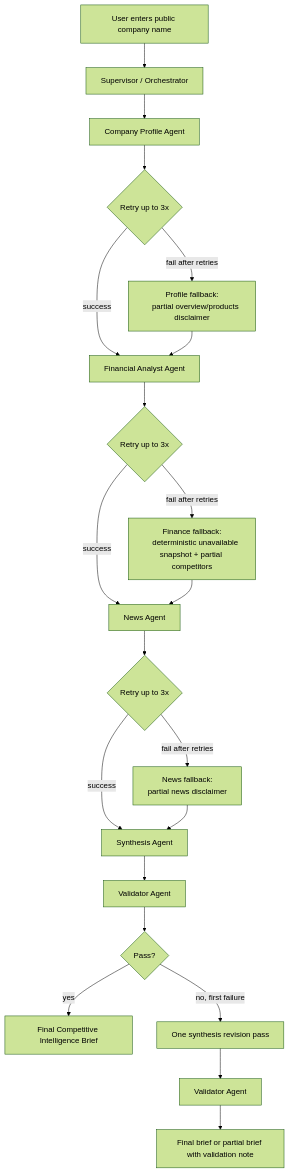
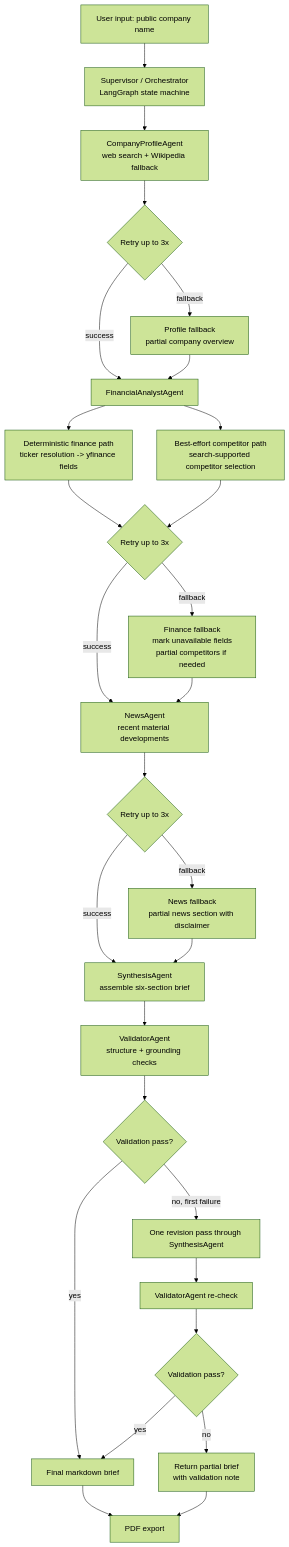
One commit to lukehartfield/companybriefagent changed the diagram in docs/architecture_diagram.md. Above: the diagram before and after it, drawn with Mermaid (forest theme). The commit also changed other lines of this file and 6 other files, not shown here.

````diff
--- a/docs/architecture_diagram.md
+++ b/docs/architecture_diagram.md
@@ -3,29 +3,35 @@
 ```mermaid
 flowchart TD
-    U[User enters public company name] --> S[Supervisor / Orchestrator]
-    S --> P[Company Profile Agent]
-    P --> PR{Retry up to 3x}
-    PR -->|success| F[Financial Analyst Agent]
-    PR -->|fail after retries| PF[Profile fallback:
-    partial overview/products disclaimer]
+    U["User input: public company name"] --> S["Supervisor / Orchestrator<br/>LangGraph state machine"]
 
+    S --> P["CompanyProfileAgent<br/>web search + Wikipedia fallback"]
+    P --> PR{"Retry up to 3x"}
+    PR -->|success| F["FinancialAnalystAgent"]
+    PR -->|fallback| PF["Profile fallback<br/>partial company overview"]
     PF --> F
-    F --> FR{Retry up to 3x}
-    FR -->|success| N[News Agent]
-    FR -->|fail after retries| FF[Finance fallback:
-    deterministic unavailable snapshot + partial competitors]
 
+    F --> FT["Deterministic finance path<br/>ticker resolution -> yfinance fields"]
+    F --> FC["Best-effort competitor path<br/>search-supported competitor selection"]
+    FT --> FR{"Retry up to 3x"}
+    FC --> FR
+    FR -->|success| N["NewsAgent<br/>recent material developments"]
+    FR -->|fallback| FF["Finance fallback<br/>mark unavailable fields<br/>partial competitors if needed"]
     FF --> N
-    N --> NR{Retry up to 3x}
-    NR -->|success| Y[Synthesis Agent]
-    NR -->|fail after retries| NF[News fallback:
-    partial news disclaimer]
 
+    N --> NR{"Retry up to 3x"}
+    NR -->|success| Y["SynthesisAgent<br/>assemble six-section brief"]
+    NR -->|fallback| NF["News fallback<br/>partial news section with disclaimer"]
     NF --> Y
-    Y --> V[Validator Agent]
-    V --> VC{Pass?}
-    VC -->|yes| O[Final Competitive Intelligence Brief]
-    VC -->|no, first failure| Y2[One synthesis revision pass]
-    Y2 --> V2[Validator Agent]
-    V2 --> O2[Final brief or partial brief with validation note]
+
+    Y --> V["ValidatorAgent<br/>structure + grounding checks"]
+    V --> VC{"Validation pass?"}
+    VC -->|yes| M["Final markdown brief"]
+    VC -->|no, first failure| Y2["One revision pass through SynthesisAgent"]
+    Y2 --> V2["ValidatorAgent re-check"]
+    V2 --> V3{"Validation pass?"}
+    V3 -->|yes| M
+    V3 -->|no| MP["Return partial brief<br/>with validation note"]
+
+    M --> PDF["PDF export"]
+    MP --> PDF
 ```
````
